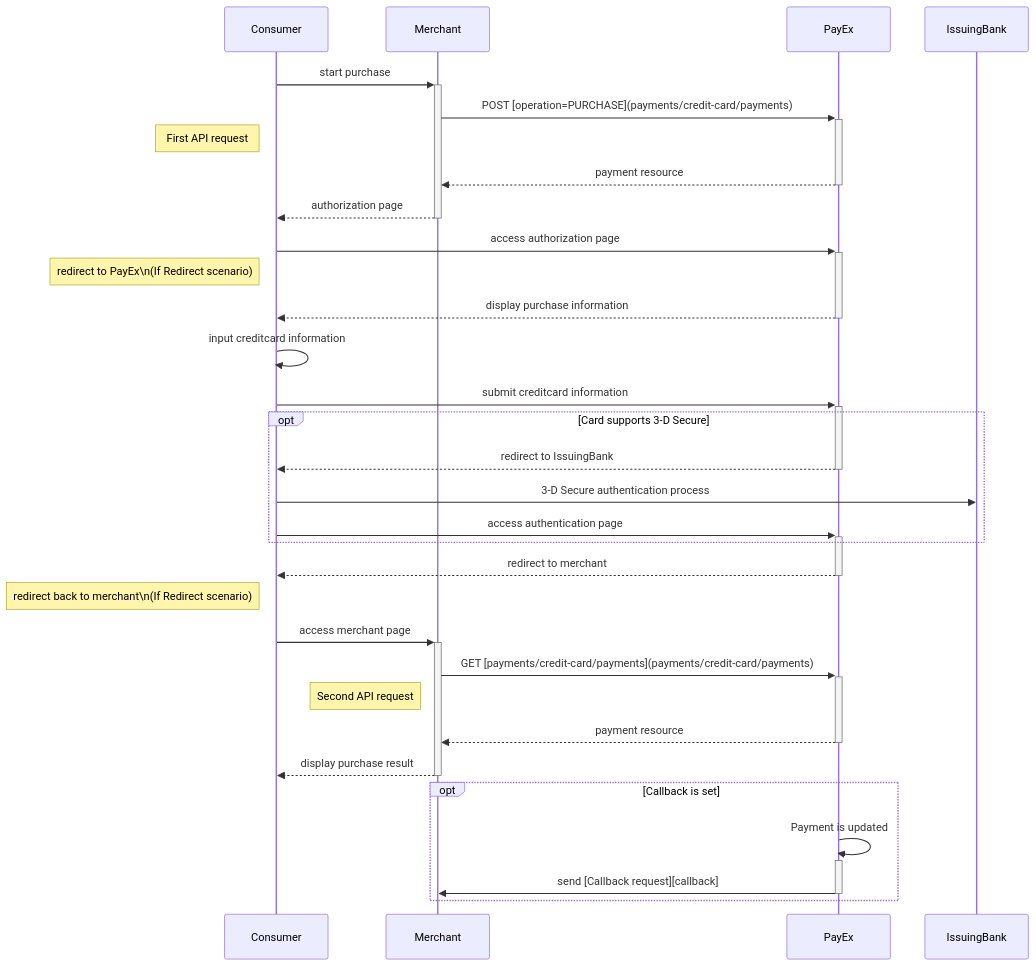
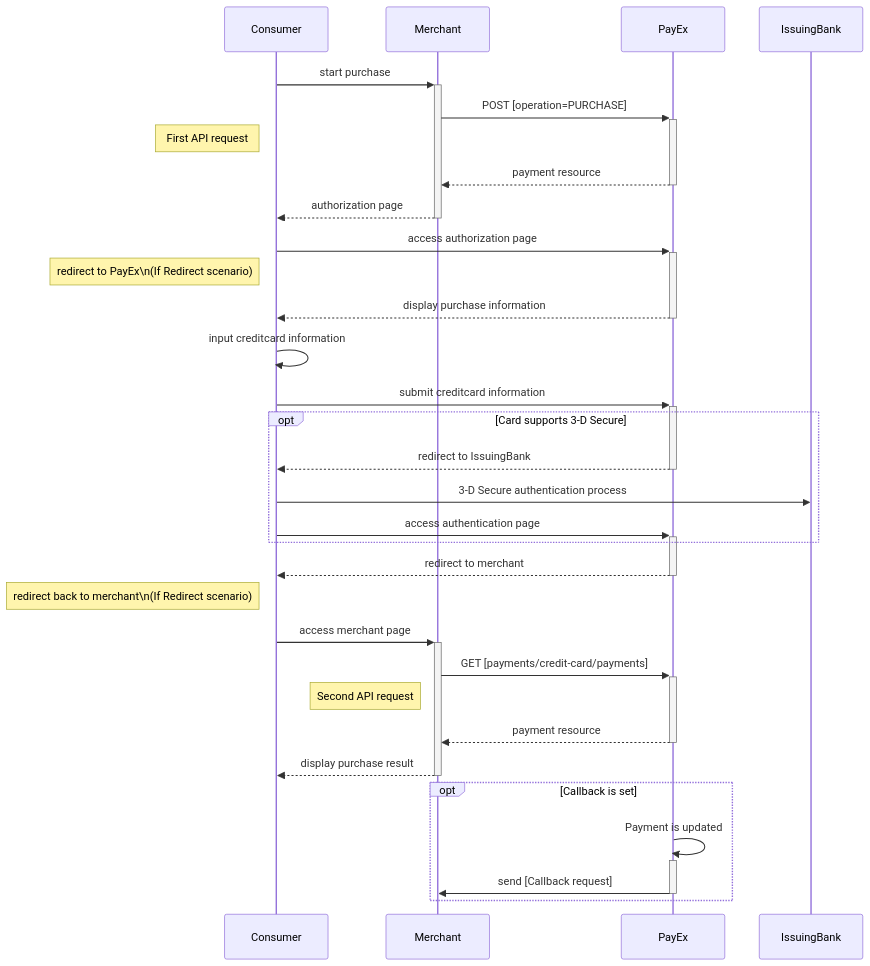
The second of 2 diagrams in payments/credit-card/seamless-view.md (SwedbankPay/developer.swedbankpay.com), drawn with Mermaid before and after one commit. The commit also changed other lines of this file and 3 other files, not shown here.

````diff
--- a/payments/credit-card/seamless-view.md
+++ b/payments/credit-card/seamless-view.md
@@ -156,44 +156,44 @@
 ```mermaid
 sequenceDiagram
   Consumer->>+Merchant: start purchase
-  Merchant->>+PayEx: POST [operation=PURCHASE](payments/credit-card/payments)
+  Merchant->>+PayEx: POST [operation=PURCHASE]
   note left of Consumer: First API request
   PayEx-->>Merchant: payment resource
   deactivate PayEx
   Merchant-->>Consumer: authorization page
   deactivate Merchant
 
   Consumer->>+PayEx: access authorization page
   note left of Consumer: redirect to PayEx\n(If Redirect scenario)
   PayEx-->>Consumer: display purchase information
   deactivate PayEx
 
   Consumer->>Consumer: input creditcard information
   Consumer->>+PayEx: submit creditcard information
   
   opt Card supports 3-D Secure
     PayEx-->>Consumer: redirect to IssuingBank
     deactivate PayEx
     Consumer->>IssuingBank: 3-D Secure authentication process
     Consumer->>+PayEx: access authentication page
   end
   
   PayEx-->>Consumer: redirect to merchant 
   deactivate PayEx
   note left of Consumer: redirect back to merchant\n(If Redirect scenario)
   
   Consumer->>+Merchant: access merchant page
-  Merchant->>+PayEx: GET [payments/credit-card/payments](payments/credit-card/payments)
+  Merchant->>+PayEx: GET [payments/credit-card/payments]
   note left of Merchant: Second API request
   PayEx-->>Merchant: payment resource
   deactivate PayEx
   Merchant-->>Consumer: display purchase result
   deactivate Merchant
 
   opt Callback is set
     PayEx->>PayEx: Payment is updated
     activate PayEx
-    PayEx->>Merchant: send [Callback request][callback]
+    PayEx->>Merchant: send [Callback request]
     deactivate PayEx
   end
 ```
````
